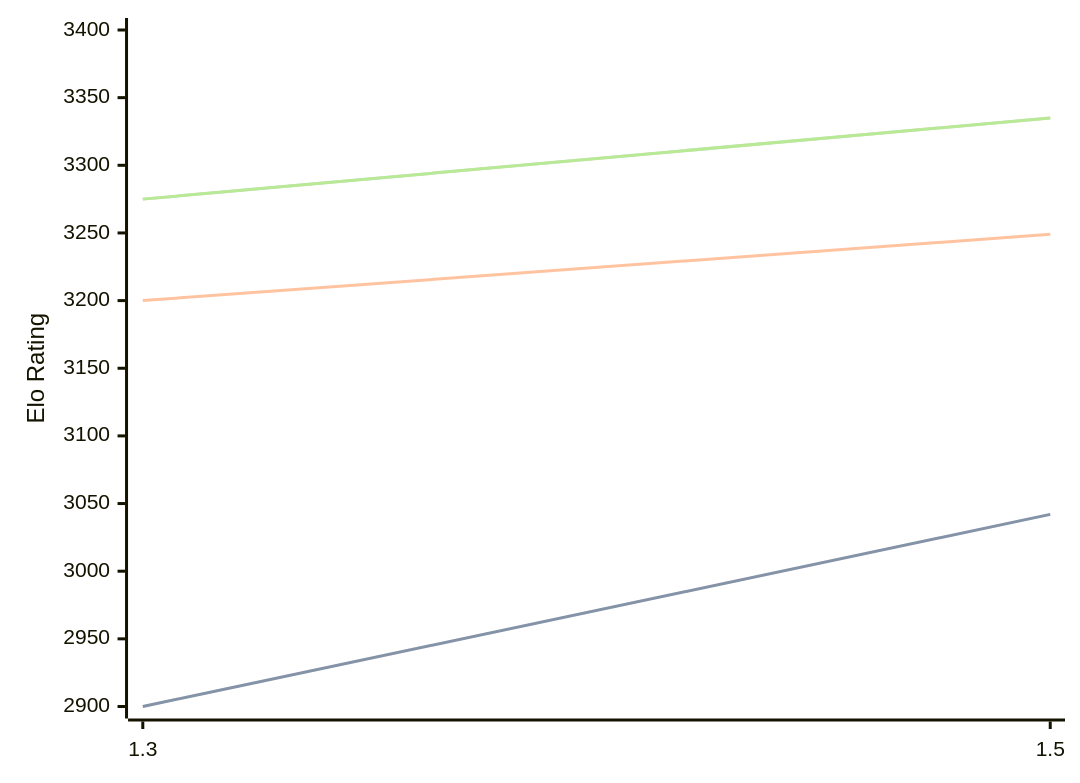
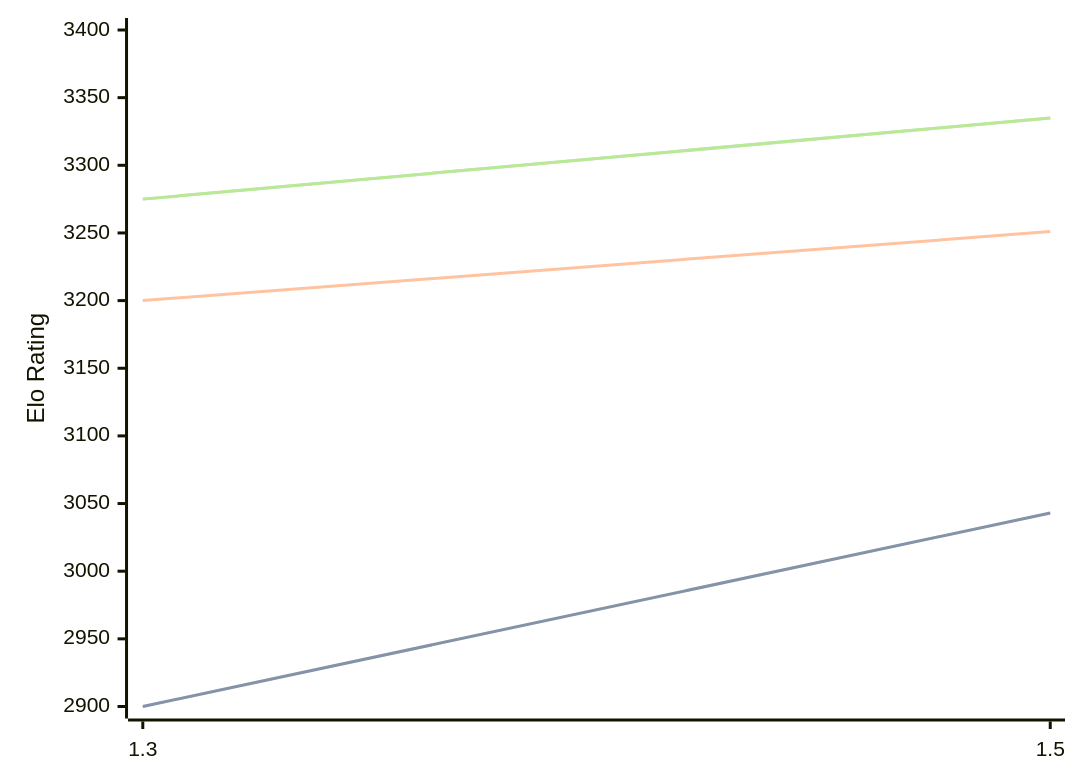
One commit to computer-chess-index/cci changed the third of 3 diagrams in engines/Lambergar.md. Above: the diagram before and after it, drawn with Mermaid. The commit also changed other lines of this file, not shown here.

````diff
--- a/engines/Lambergar.md
+++ b/engines/Lambergar.md
@@ -77,11 +77,11 @@
 ```mermaid
 %%{init: {"theme":"base","themeVariables":{"seriesColors:['#a3a3a3','#222221','#faa371']}}}%%
 xychart-beta
   x-axis ["1.3", "1.5"]
   y-axis "Elo Rating" 2900 --> 3400
-  line "STC (8.0+0.08s)" [2900, 3042]
-  line "STC (8.0+0.08s)" [2900, 3042]
-  line "LTC (60.0+0.60s)" [3200, 3249]
+  line "STC (8.0+0.08s)" [2900, 3043]
+  line "STC (8.0+0.08s)" [2900, 3043]
+  line "LTC (60.0+0.60s)" [3200, 3251]
   line "VLTC (2m24s+1.12s)" [3275, 3335]
   line "VLTC (2m24s+1.12s)" [3275, 3335]
 ```
````
